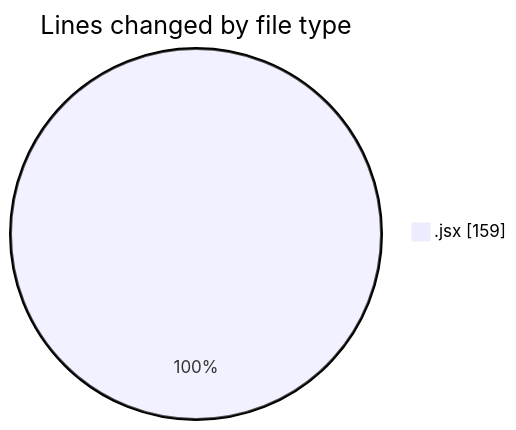
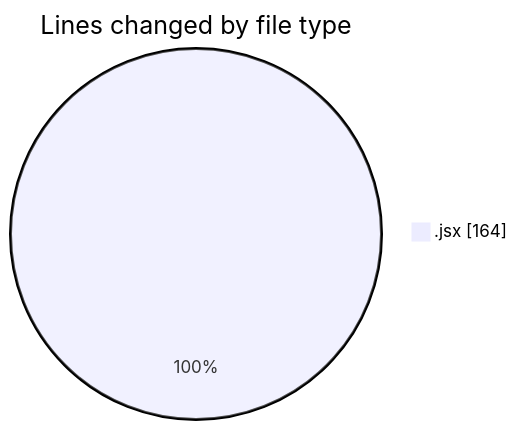
The first of 2 diagrams in 2025-02-22/elitegpt/README.md (Elitesun/code-tracking), drawn with Mermaid before and after one commit. The commit also changed other lines of this file and 1 other file, not shown here.

````diff
--- a/2025-02-22/elitegpt/README.md
+++ b/2025-02-22/elitegpt/README.md
@@ -22,5 +23,5 @@
 ```mermaid
 pie showData
 title Lines changed by file type
-".jsx" : 159
+".jsx" : 164
 ```
````
